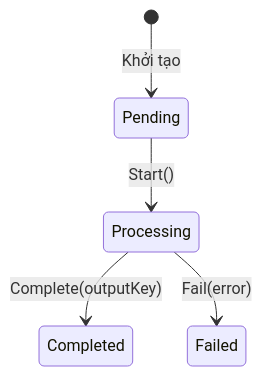
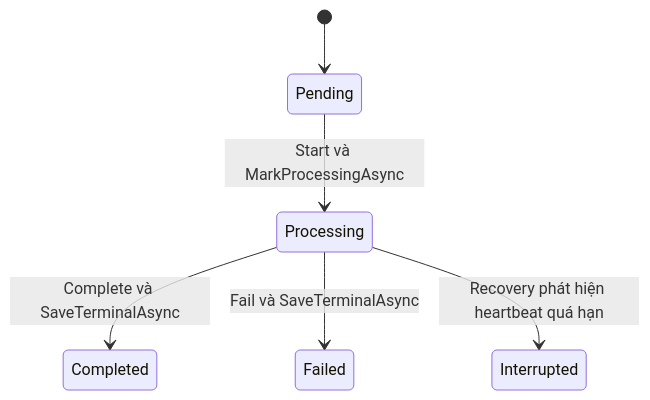
The third of 4 diagrams in docs/BAO_CAO_TONG_QUAN_DU_AN.md (duongthuan0405/FileConverter), drawn with Mermaid before and after one commit. The commit also changed other lines of this file and 50 other files, not shown here.

````diff
--- a/docs/BAO_CAO_TONG_QUAN_DU_AN.md
+++ b/docs/BAO_CAO_TONG_QUAN_DU_AN.md
@@ -204,7 +184,8 @@
 ```mermaid
 stateDiagram-v2
-    [*] --> Pending: Khởi tạo
-    Pending --> Processing: Start()
-    Processing --> Completed: Complete(outputKey)
-    Processing --> Failed: Fail(error)
+    [*] --> Pending
+    Pending --> Processing: Start và MarkProcessingAsync
+    Processing --> Completed: Complete và SaveTerminalAsync
+    Processing --> Failed: Fail và SaveTerminalAsync
+    Processing --> Interrupted: Recovery phát hiện heartbeat quá hạn
 ```
````
